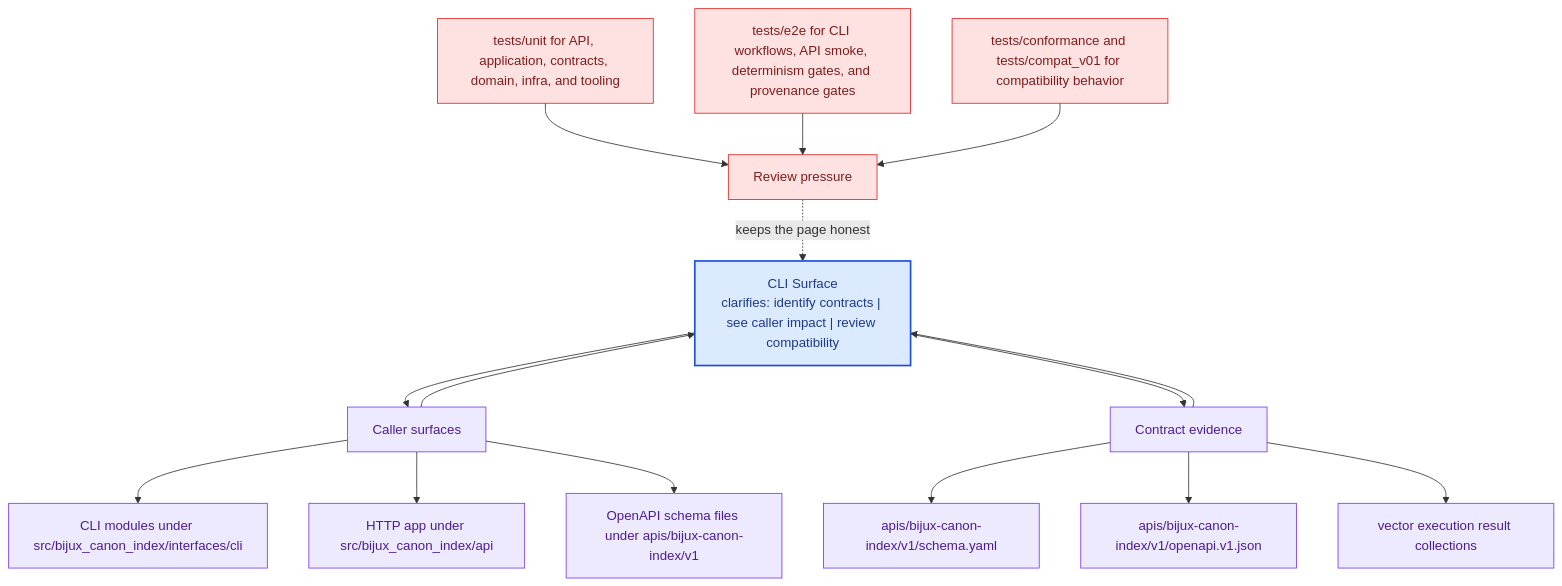
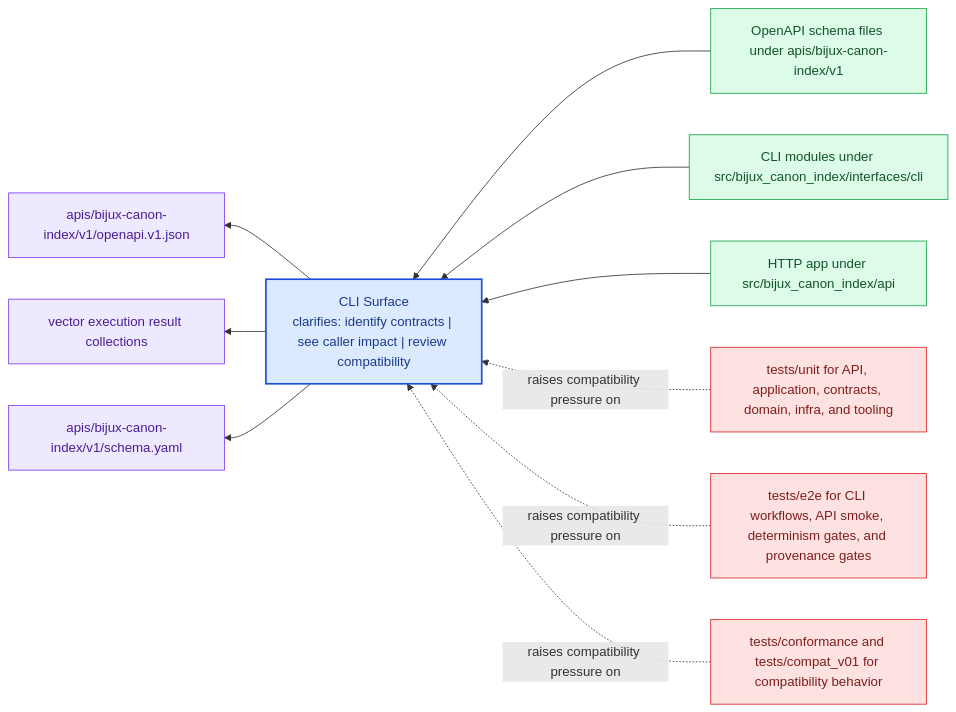
Before and after one commit to bijux/bijux-canon: the diagram in docs/bijux-canon-index/interfaces/cli-surface.md, drawn with Mermaid. The commit also changed other lines of this file and 281 other files, not shown here.

Commit message:
docs(diagrams): replace repeated mermaid scaffolds with page-specific summaries

````diff
--- a/docs/bijux-canon-index/interfaces/cli-surface.md
+++ b/docs/bijux-canon-index/interfaces/cli-surface.md
@@ -69,41 +24,31 @@
 ```mermaid
-flowchart TB
-    promise["CLI Surface<br/>clarifies: identify contracts | see caller impact | review compatibility"]
-    classDef promise fill:#dbeafe,stroke:#1d4ed8,color:#1e3a8a,stroke-width:2px;
-    classDef driver fill:#dcfce7,stroke:#16a34a,color:#14532d;
-    classDef constraint fill:#fee2e2,stroke:#dc2626,color:#7f1d1d;
-    classDef ground fill:#ede9fe,stroke:#7c3aed,color:#4c1d95;
-    focus1["Caller surfaces"]
-    focus1 --> promise
-    promise --> focus1
-    focus1_1["CLI modules under src/bijux_canon_index/interfaces/cli"]
-    focus1 --> focus1_1
-    focus1_2["HTTP app under src/bijux_canon_index/api"]
-    focus1 --> focus1_2
-    focus1_3["OpenAPI schema files under apis/bijux-canon-index/v1"]
-    focus1 --> focus1_3
-    class focus1 ground;
-    class focus1_1,focus1_2,focus1_3 ground;
-    focus2["Contract evidence"]
-    focus2 --> promise
-    promise --> focus2
-    focus2_1["apis/bijux-canon-index/v1/schema.yaml"]
-    focus2 --> focus2_1
-    focus2_2["apis/bijux-canon-index/v1/openapi.v1.json"]
-    focus2 --> focus2_2
-    focus2_3["vector execution result collections"]
-    focus2 --> focus2_3
-    class focus2 ground;
-    class focus2_1,focus2_2,focus2_3 ground;
-    focus3["Review pressure"]
-    focus3 -.keeps the page honest.-> promise
-    focus3_1["tests/unit for API, application, contracts, domain, infra, and tooling"]
-    focus3_1 --> focus3
-    focus3_2["tests/e2e for CLI workflows, API smoke, determinism gates, and provenance gates"]
-    focus3_2 --> focus3
-    focus3_3["tests/conformance and tests/compat_v01 for compatibility behavior"]
-    focus3_3 --> focus3
-    class focus3 constraint;
-    class focus3_1,focus3_2,focus3_3 constraint;
-    class promise promise;
+flowchart RL
+    page["CLI Surface<br/>clarifies: identify contracts | see caller impact | review compatibility"]
+    classDef page fill:#dbeafe,stroke:#1d4ed8,color:#1e3a8a,stroke-width:2px;
+    classDef positive fill:#dcfce7,stroke:#16a34a,color:#14532d;
+    classDef caution fill:#fee2e2,stroke:#dc2626,color:#7f1d1d;
+    classDef anchor fill:#ede9fe,stroke:#7c3aed,color:#4c1d95;
+    classDef action fill:#fef3c7,stroke:#d97706,color:#7c2d12;
+    surface1["OpenAPI schema files under apis/bijux-canon-index/v1"]
+    surface1 --> page
+    surface2["CLI modules under src/bijux_canon_index/interfaces/cli"]
+    surface2 --> page
+    surface3["HTTP app under src/bijux_canon_index/api"]
+    surface3 --> page
+    proof1["apis/bijux-canon-index/v1/openapi.v1.json"]
+    page --> proof1
+    proof2["vector execution result collections"]
+    page --> proof2
+    proof3["apis/bijux-canon-index/v1/schema.yaml"]
+    page --> proof3
+    review1["tests/unit for API, application, contracts, domain, infra, and tooling"]
+    review1 -.raises compatibility pressure on.-> page
+    review2["tests/e2e for CLI workflows, API smoke, determinism gates, and provenance gates"]
+    review2 -.raises compatibility pressure on.-> page
+    review3["tests/conformance and tests/compat_v01 for compatibility behavior"]
+    review3 -.raises compatibility pressure on.-> page
+    class page page;
+    class surface1,surface2,surface3 positive;
+    class proof1,proof2,proof3 anchor;
+    class review1,review2,review3 caution;
 ```
````
